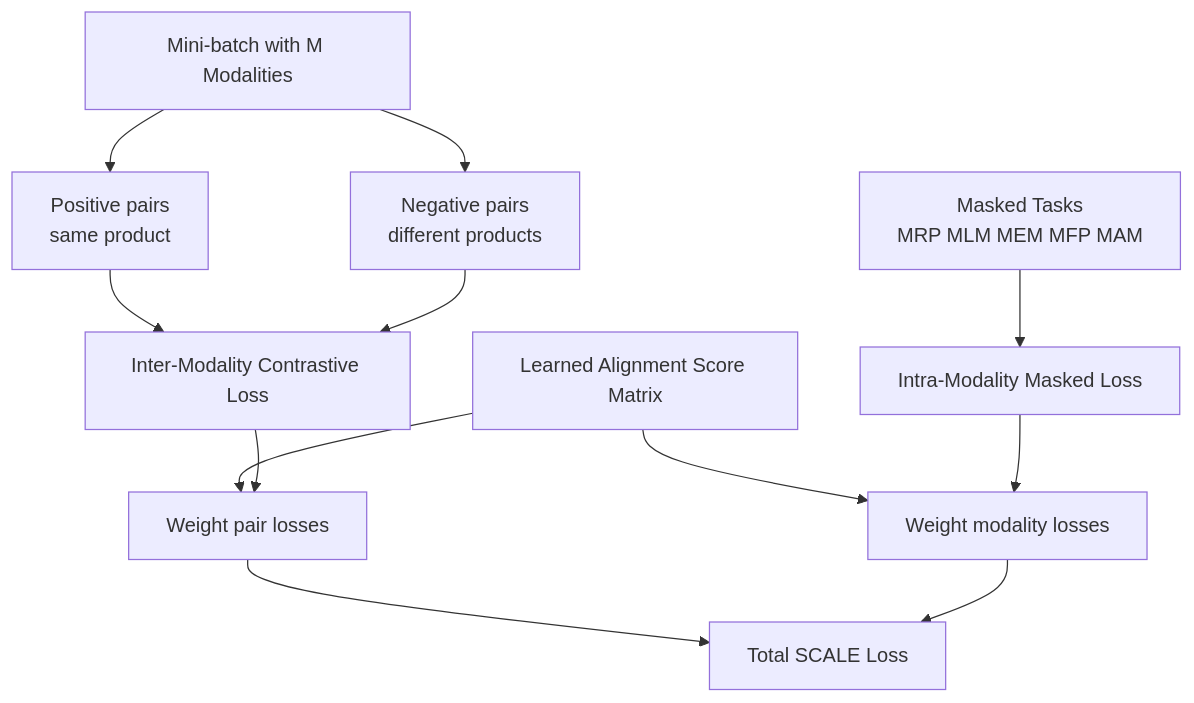
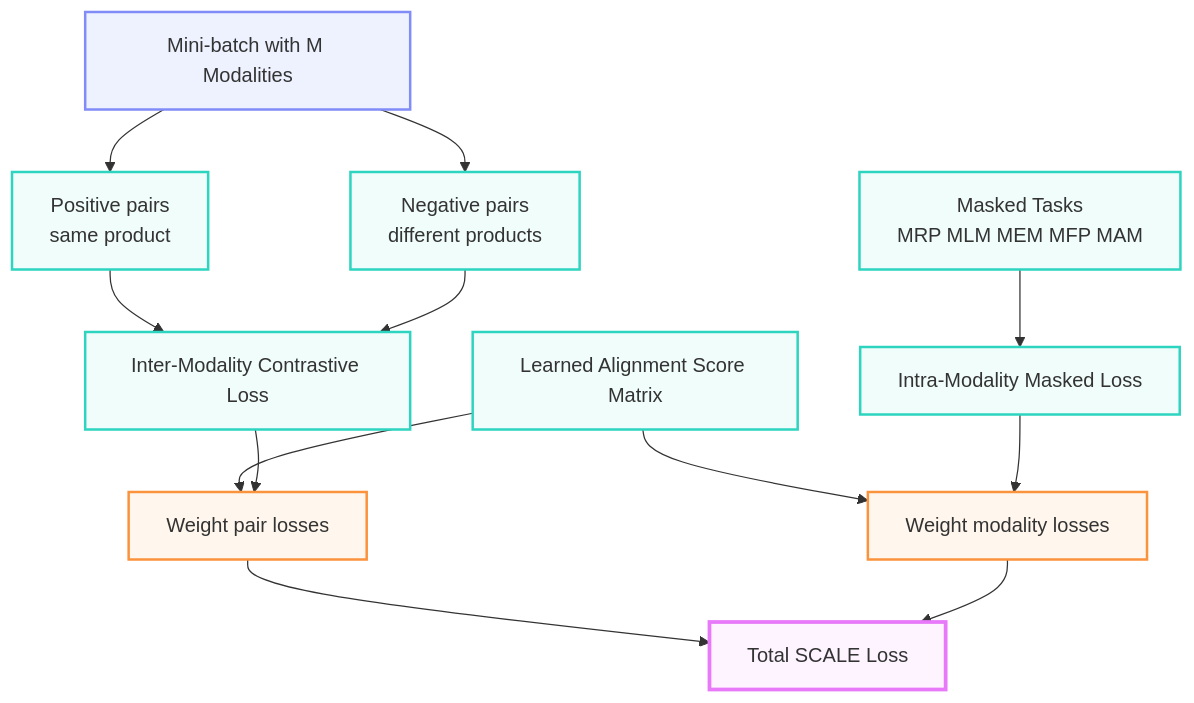
One commit to Computer-Vision-HCMUS/Product-Ecommerce-Image-Retrieval changed the seventh of 11 diagrams in docs/proposal/proposal.md. Above: the diagram before and after it, drawn with Mermaid. The commit also changed other lines of this file and 14 other files, not shown here.

Commit message:
Enhance proposal documentation for Visual Product Image Search by adding detailed diagrams and visual aids, including flowcharts and images for various components of the SCALE architecture. Introduce new PDF and LaTeX files for comprehensive presentation of the proposal.

````diff
--- a/docs/proposal/proposal.md
+++ b/docs/proposal/proposal.md
@@ -781,14 +791,24 @@
 ```mermaid
 flowchart TD
     B["Mini-batch with M Modalities"] --> P["Positive pairs<br/>same product"]
     B --> N["Negative pairs<br/>different products"]
     P --> CL["Inter-Modality Contrastive Loss"]
     N --> CL
     MASK["Masked Tasks<br/>MRP MLM MEM MFP MAM"] --> ML["Intra-Modality Masked Loss"]
     S["Learned Alignment Score Matrix"] --> W1["Weight pair losses"]
     S --> W2["Weight modality losses"]
     CL --> W1
     ML --> W2
     W1 --> L["Total SCALE Loss"]
     W2 --> L
+    
+    classDef inputNode stroke:#818cf8,fill:#eef2ff,stroke-width:2px
+    classDef processNode stroke:#2dd4bf,fill:#f0fdfa,stroke-width:2px
+    classDef lossNode stroke:#fb923c,fill:#fff7ed,stroke-width:2px
+    classDef finalNode stroke:#e879f9,fill:#fdf4ff,stroke-width:3px
+    
+    class B inputNode
+    class P,N,CL,MASK,ML,S processNode
+    class W1,W2 lossNode
+    class L finalNode
 ```
````
